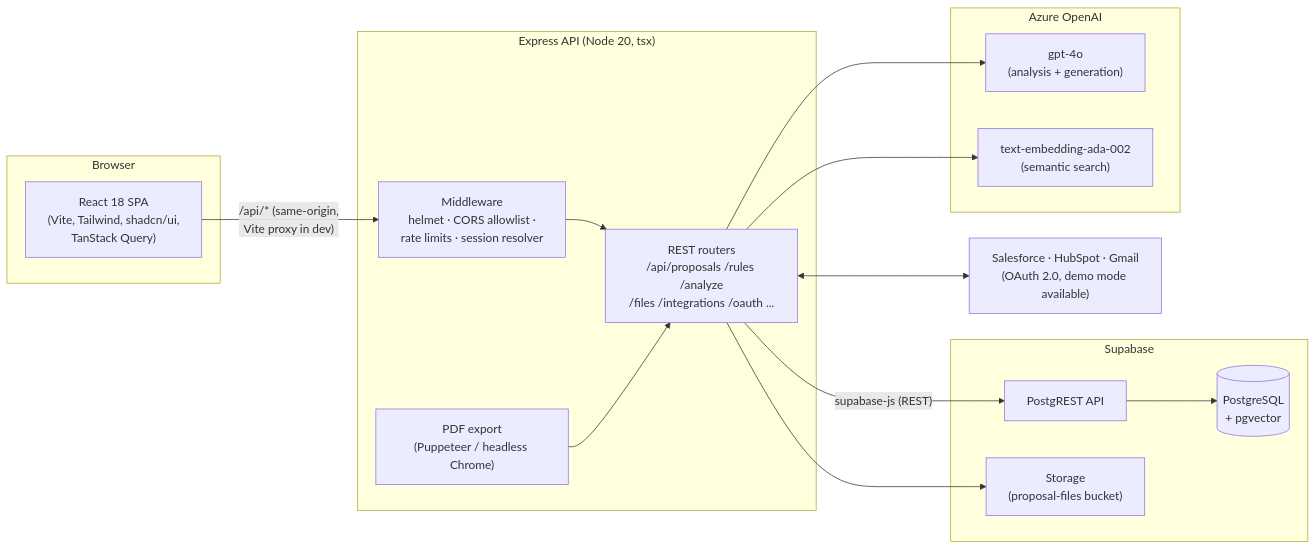
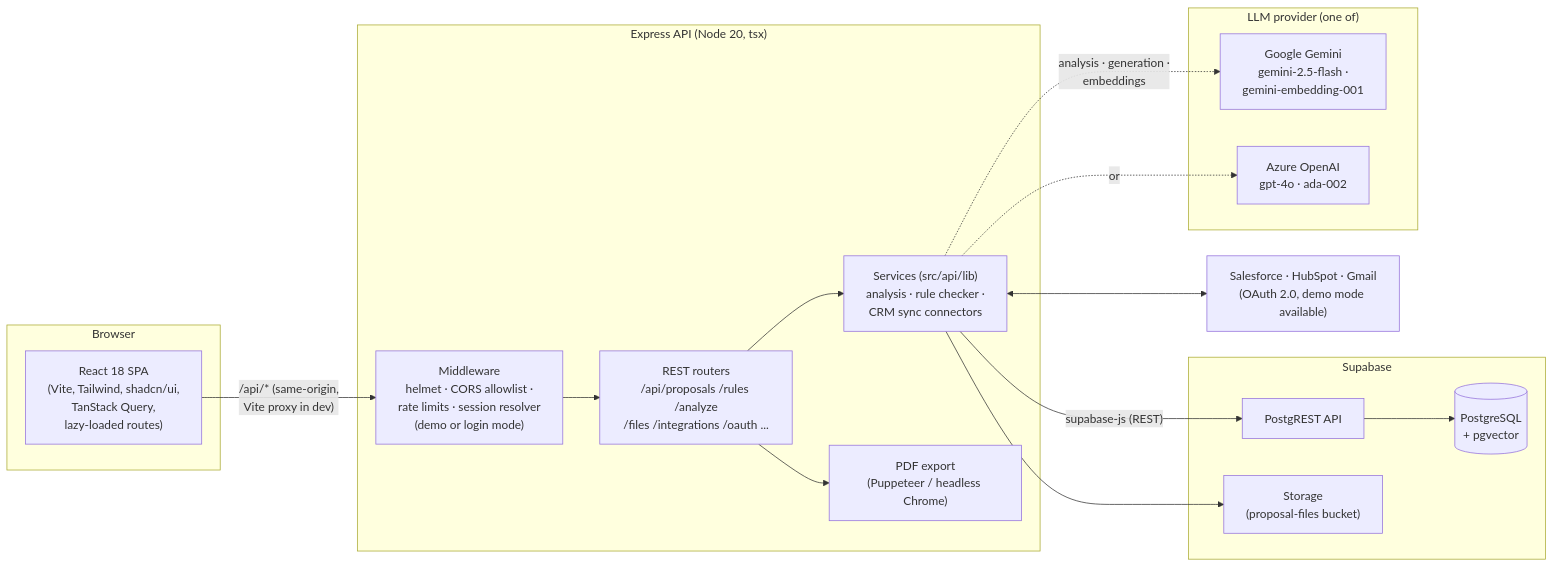
Before and after one commit to rogerdemello/DealSentry: the diagram in ARCHITECTURE.md, drawn with Mermaid. The commit also changed other lines of this file and 10 other files, not shown here.

First line of the commit message:
docs: document AI providers, auth modes, RLS and the new architecture

````diff
--- a/ARCHITECTURE.md
+++ b/ARCHITECTURE.md
@@ -9,33 +9,34 @@
 ```mermaid
 flowchart LR
     subgraph Browser
-        SPA["React 18 SPA<br/>(Vite, Tailwind, shadcn/ui,<br/>TanStack Query)"]
+        SPA["React 18 SPA<br/>(Vite, Tailwind, shadcn/ui,<br/>TanStack Query,<br/>lazy-loaded routes)"]
     end
 
     subgraph "Express API (Node 20, tsx)"
         API["REST routers<br/>/api/proposals /rules /analyze<br/>/files /integrations /oauth ..."]
-        MW["Middleware<br/>helmet · CORS allowlist ·<br/>rate limits · session resolver"]
+        MW["Middleware<br/>helmet · CORS allowlist ·<br/>rate limits · session resolver<br/>(demo or login mode)"]
+        SVC["Services (src/api/lib)<br/>analysis · rule checker ·<br/>CRM sync connectors"]
         PDF["PDF export<br/>(Puppeteer / headless Chrome)"]
     end
 
     subgraph Supabase
         PG[("PostgreSQL<br/>+ pgvector")]
         REST["PostgREST API"]
         STORE["Storage<br/>(proposal-files bucket)"]
     end
 
-    subgraph Azure["Azure OpenAI"]
-        GPT["gpt-4o<br/>(analysis + generation)"]
-        EMB["text-embedding-ada-002<br/>(semantic search)"]
+    subgraph LLM["LLM provider (one of)"]
+        GEM["Google Gemini<br/>gemini-2.5-flash ·<br/>gemini-embedding-001"]
+        AZ["Azure OpenAI<br/>gpt-4o · ada-002"]
     end
 
     CRM["Salesforce · HubSpot · Gmail<br/>(OAuth 2.0, demo mode available)"]
 
-    SPA -- "/api/* (same-origin,<br/>Vite proxy in dev)" --> MW --> API
-    API -- "supabase-js (REST)" --> REST --> PG
-    API --> STORE
-    API --> GPT
-    API --> EMB
-    API <--> CRM
-    PDF --> API
+    SPA -- "/api/* (same-origin,<br/>Vite proxy in dev)" --> MW --> API --> SVC
+    SVC -- "supabase-js (REST)" --> REST --> PG
+    SVC --> STORE
+    SVC -. "analysis · generation ·<br/>embeddings" .-> GEM
+    SVC -. "or" .-> AZ
+    SVC <--> CRM
+    API --> PDF
 ```
````
